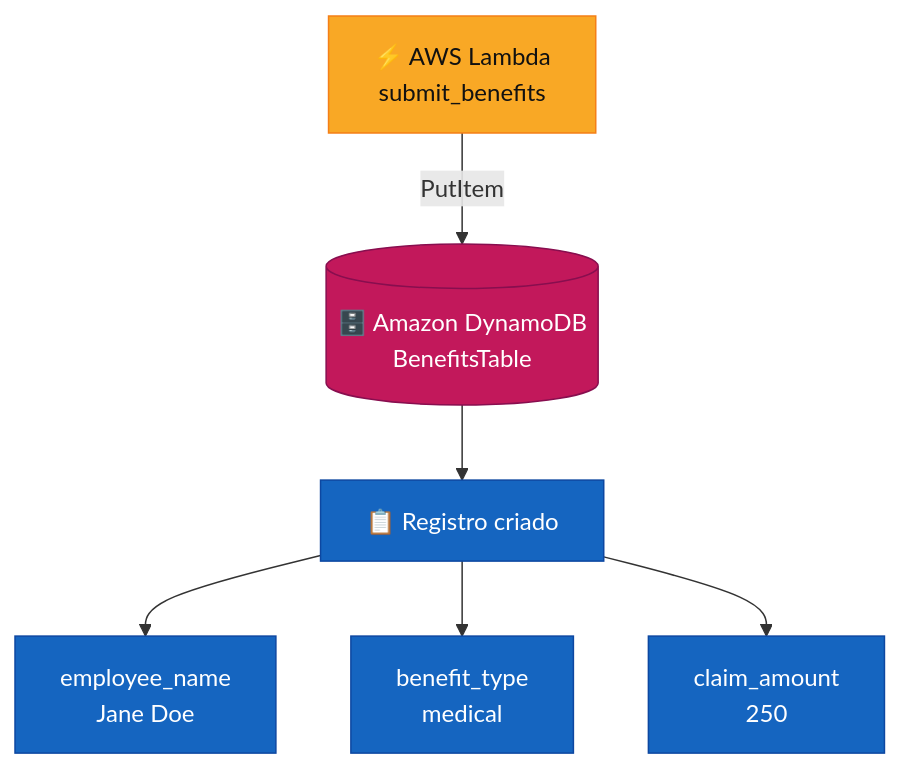
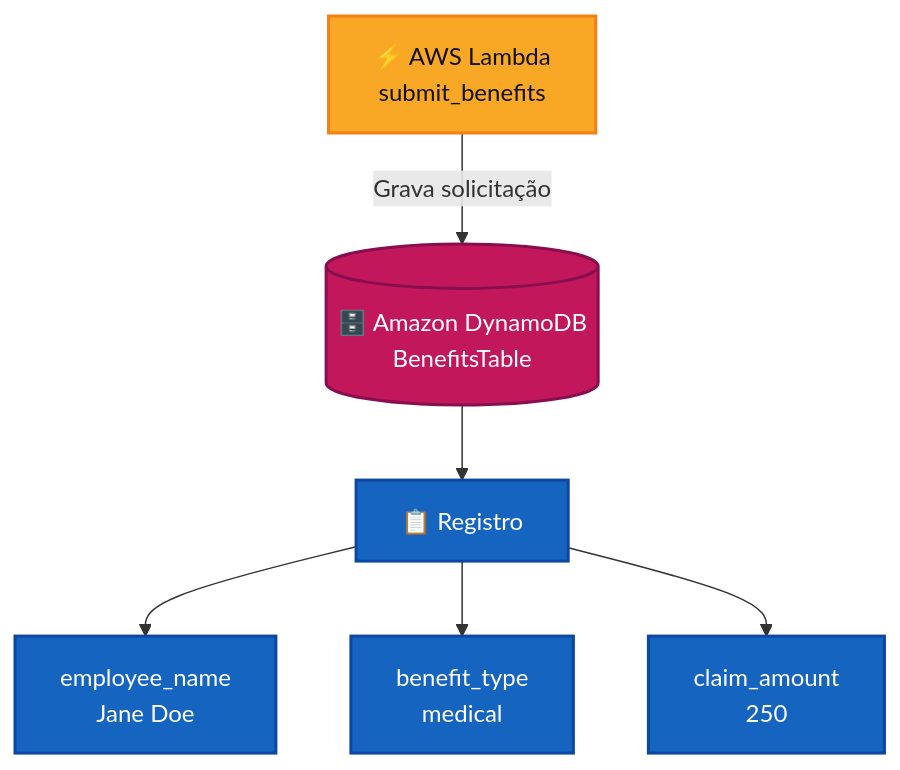
The seventh of 11 diagrams in README.md (Rogerio5/aws-genai-smart-assistant-lab), drawn with Mermaid before and after one commit. The commit also changed other lines of this file, not shown here.

````diff
--- a/README.md
+++ b/README.md
@@ -335,28 +405,31 @@
 ```mermaid
 flowchart TB
 
     LAMBDA["⚡ AWS Lambda<br/>submit_benefits"]
 
     DB[("🗄️ Amazon DynamoDB<br/>BenefitsTable")]
 
-    RECORD["📋 Registro criado"]
+    RECORD["📋 Registro"]
 
     NAME["employee_name<br/>Jane Doe"]
+
     TYPE["benefit_type<br/>medical"]
+
     VALUE["claim_amount<br/>250"]
 
-    LAMBDA -->|"PutItem"| DB
+    LAMBDA -->|"Grava solicitação"| DB
+
     DB --> RECORD
 
     RECORD --> NAME
     RECORD --> TYPE
     RECORD --> VALUE
 
-    classDef compute fill:#F9A825,stroke:#F57F17,color:#111111
-    classDef database fill:#C2185B,stroke:#880E4F,color:#ffffff
-    classDef data fill:#1565C0,stroke:#0D47A1,color:#ffffff
+    classDef compute fill:#F9A825,stroke:#F57F17,color:#111111,stroke-width:2px
+    classDef database fill:#C2185B,stroke:#880E4F,color:#ffffff,stroke-width:2px
+    classDef data fill:#1565C0,stroke:#0D47A1,color:#ffffff,stroke-width:2px
 
     class LAMBDA compute
     class DB database
     class RECORD,NAME,TYPE,VALUE data
 ```
````
